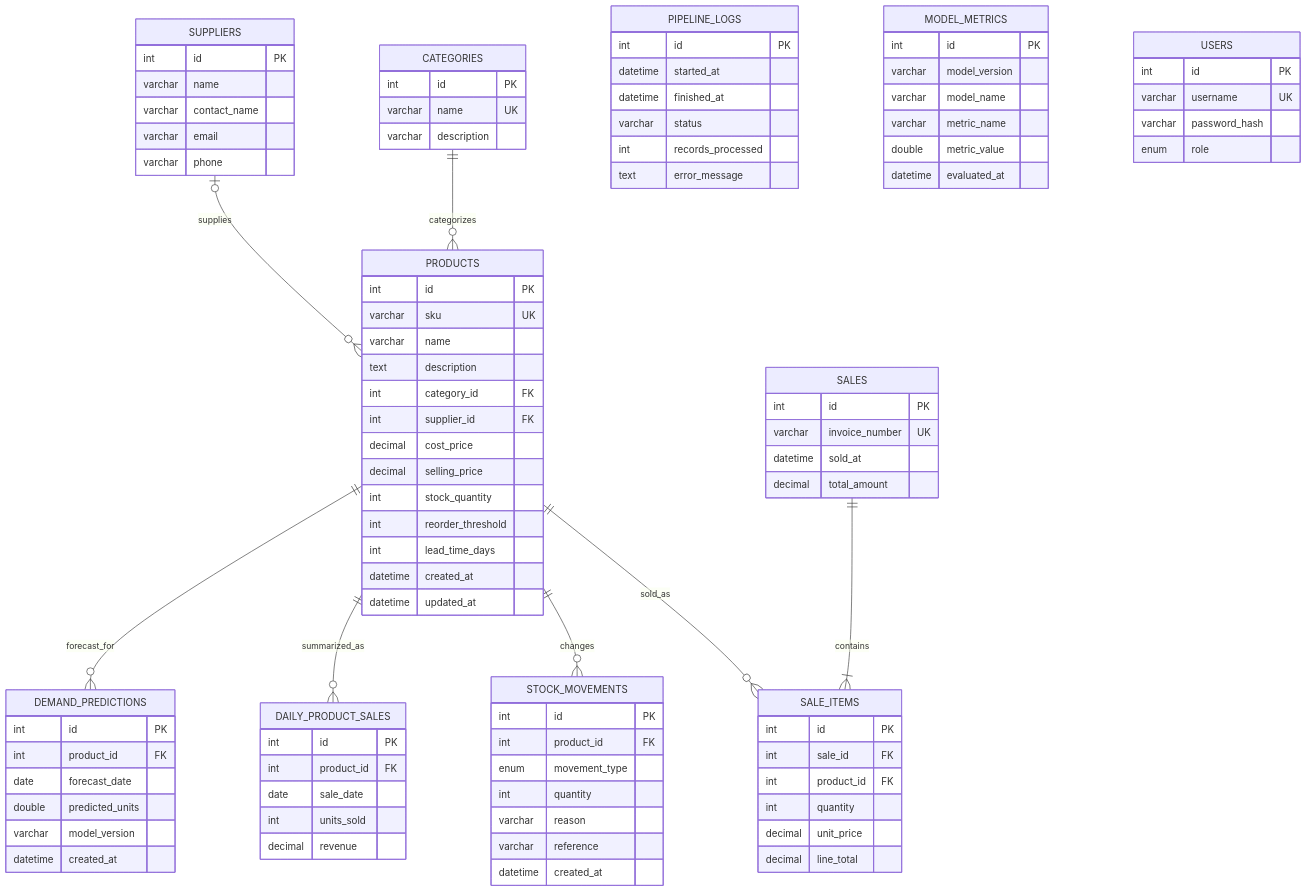
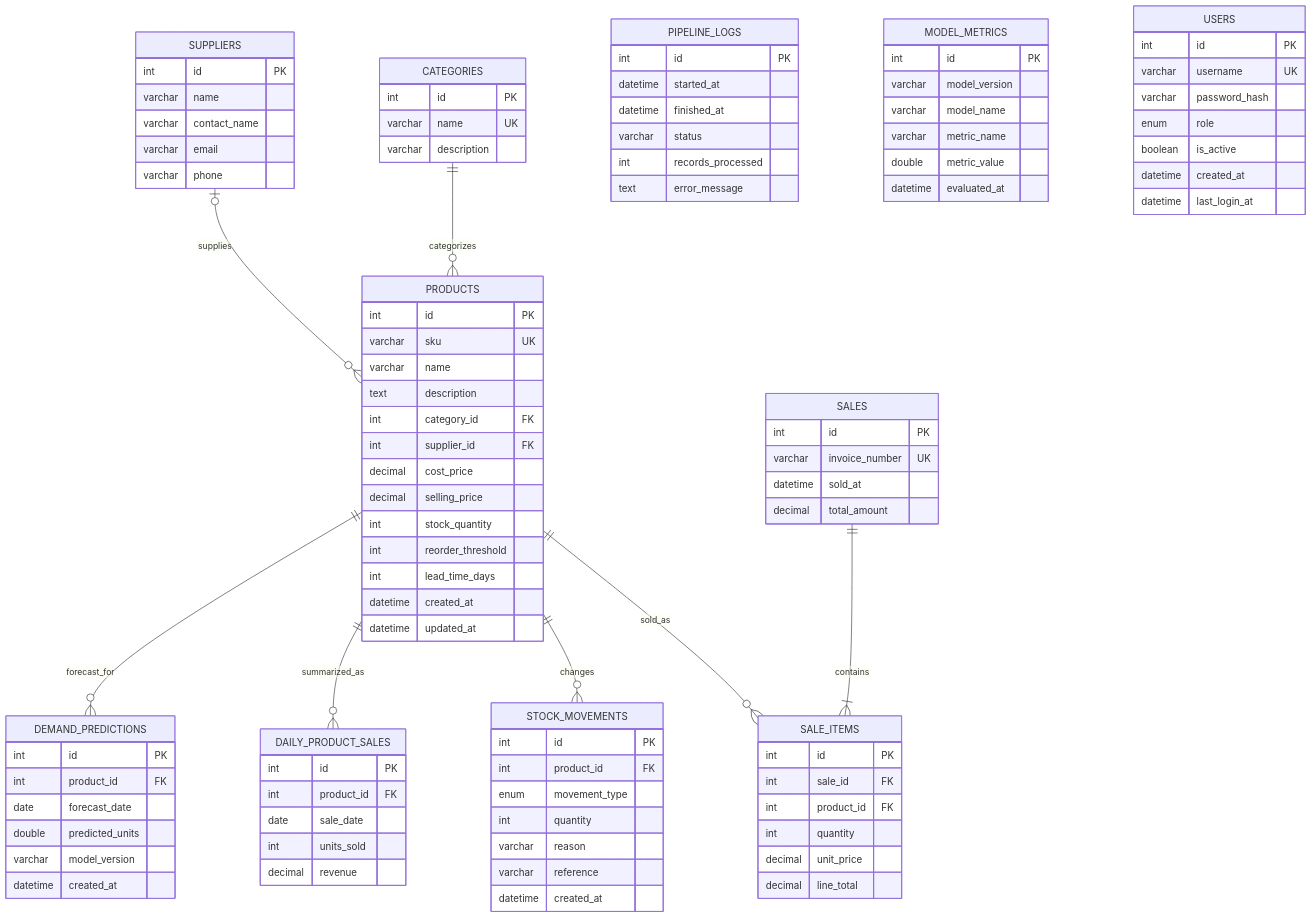
Before and after one commit to shubhambhawardyp-sudo/smartstock-ai: the diagram in docs/SRS.md, drawn with Mermaid. The commit also changed other lines of this file and 17 other files, not shown here.

````diff
--- a/docs/SRS.md
+++ b/docs/SRS.md
@@ -224,5 +228,8 @@
         varchar username UK
         varchar password_hash
         enum role
+        boolean is_active
+        datetime created_at
+        datetime last_login_at
     }
 ```
````
